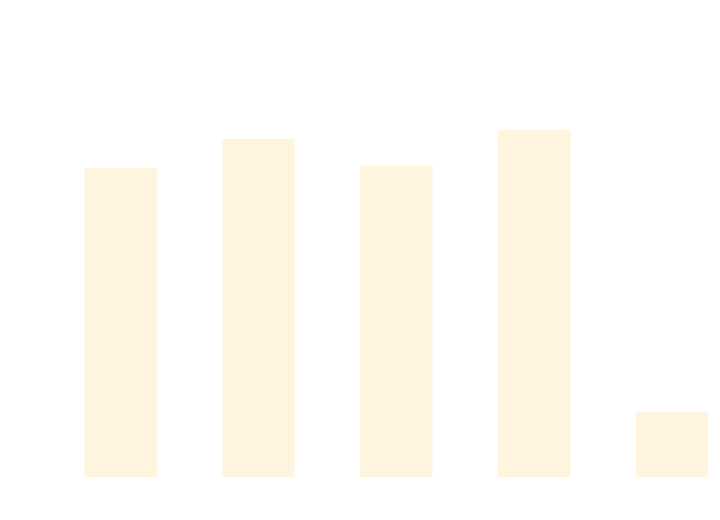
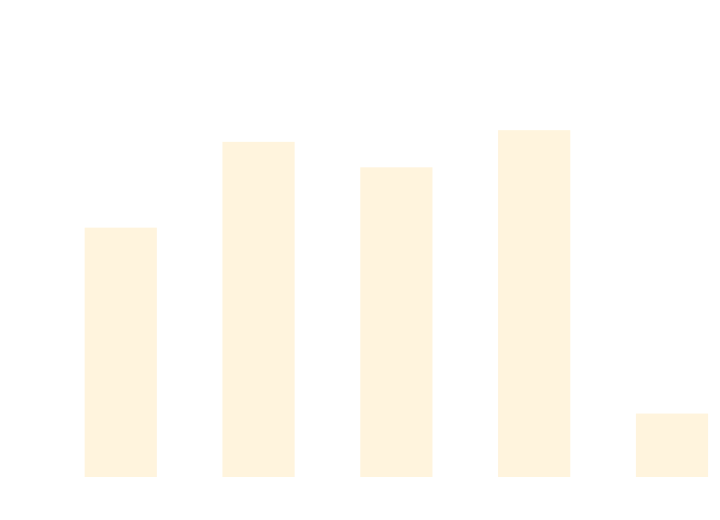
Before and after one commit to thomhurst/TUnit: the diagram in docs/docs/benchmarks/AsyncTests.md, drawn with Mermaid. The commit also changed other lines of this file and 16 other files, not shown here.

````diff
--- a/docs/docs/benchmarks/AsyncTests.md
+++ b/docs/docs/benchmarks/AsyncTests.md
@@ -27,37 +27,37 @@
 ```mermaid
 %%{init: {
   'theme':'base',
   'themeVariables': {
     'primaryColor': '#2563eb',
     'primaryTextColor': '#ffffff',
     'primaryBorderColor': '#1e40af',
     'lineColor': '#6b7280',
     'secondaryColor': '#7c3aed',
     'tertiaryColor': '#dc2626',
     'background': '#ffffff',
     'mainBkg': '#2563eb',
     'secondBkg': '#7c3aed',
     'tertiaryBkg': '#dc2626',
     'clusterBkg': '#f3f4f6',
     'edgeLabelBackground': '#ffffff',
     'tertiaryTextColor': '#1f2937',
     'pie1': '#2563eb',
     'pie2': '#7c3aed',
     'pie3': '#dc2626',
     'pie4': '#f59e0b',
     'pie5': '#10b981',
     'pie6': '#06b6d4',
     'pie7': '#ec4899',
     'pie8': '#6366f1',
     'pie9': '#84cc16',
     'pie10': '#f97316',
     'pie11': '#14b8a6',
     'pie12': '#a855f7'
   }
 }}%%
 xychart-beta
   title "AsyncTests Performance Comparison"
   x-axis ["TUnit", "NUnit", "MSTest", "xUnit3", "TUnit_AOT"]
-  y-axis "Time (ms)" 0 --> 891
-  bar [659.1, 722.3, 664.2, 741.9, 124.1]
+  y-axis "Time (ms)" 0 --> 886
+  bar [525.4, 712.2, 656.7, 737.6, 120.7]
 ```
````
